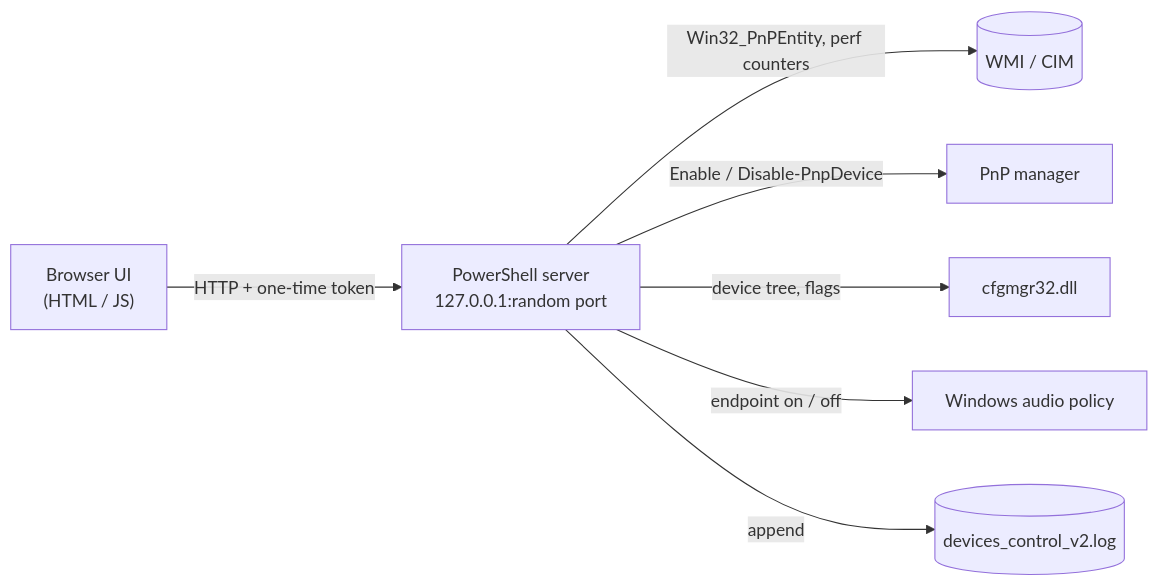
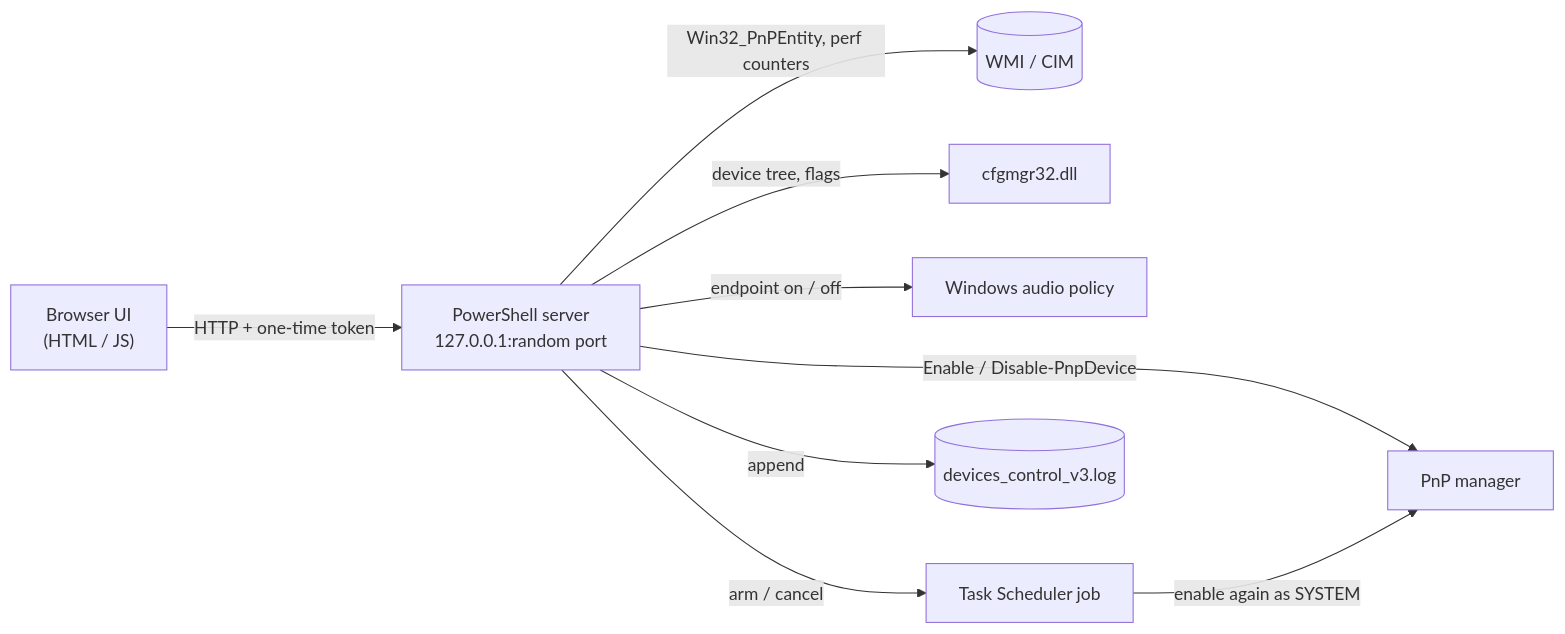
One commit to Viton4ik/devices_control changed the diagram in README.md. Above: the diagram before and after it, drawn with Mermaid. The commit also changed other lines of this file and 16 other files, not shown here.

First line of the commit message:
Add Devices Control v3: auto-revert and remote-session safety

````diff
--- a/README.md
+++ b/README.md
@@ -71,9 +121,11 @@
 ```mermaid
 flowchart LR
     B["Browser UI<br/>(HTML / JS)"] -- "HTTP + one-time token" --> S["PowerShell server<br/>127.0.0.1:random port"]
     S -- "Win32_PnPEntity, perf counters" --> W[(WMI / CIM)]
     S -- "Enable / Disable-PnpDevice" --> P[PnP manager]
     S -- "device tree, flags" --> C[cfgmgr32.dll]
     S -- "endpoint on / off" --> A[Windows audio policy]
-    S -- "append" --> L[(devices_control_v2.log)]
+    S -- "arm / cancel" --> T[Task Scheduler job]
+    T -- "enable again as SYSTEM" --> P
+    S -- "append" --> L[(devices_control_v3.log)]
 ```
````
